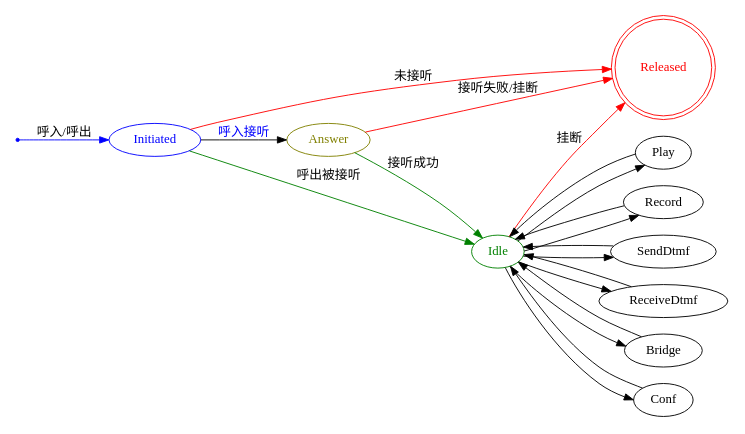
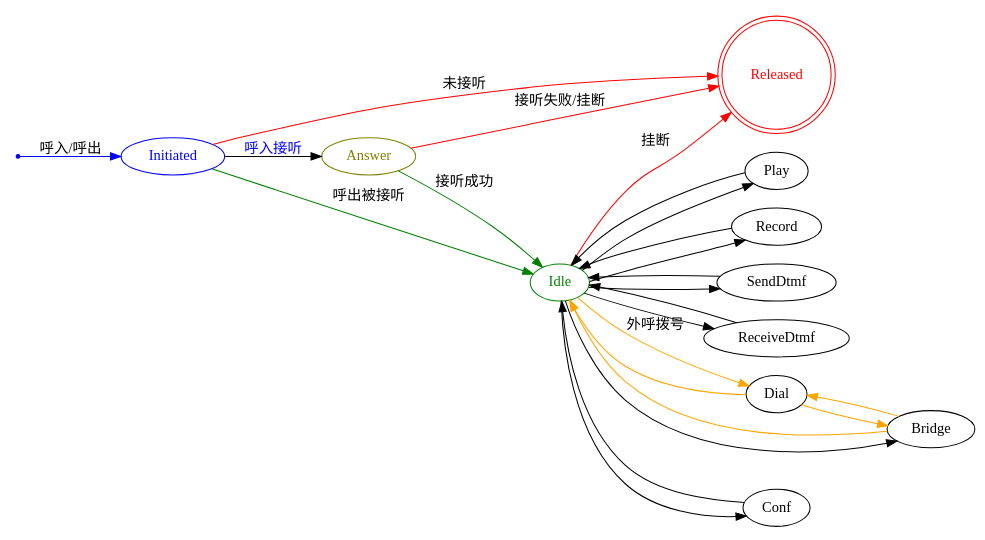
One commit to tanbro/ipsc-ccf changed the diagram in docs/api-spec/call.rst. Above: the diagram before and after it, drawn with Graphviz. The commit also changed 2 other files, not shown here.

Commit message:
bugfix: flow error
```
  CH   [16:16:01.707]<03000>(10000003490636044)[sys] ProcMoudleEventFlow : event=303(EVENT_FLOW_ACT_END) param=0
  CH   [16:16:01.707]<03000>(10000003490636044)[sys][conf][脚本 Delay](1383:SCRIPT): end : exit port = ERROR : node run time is 15.021 s.
  CH E [16:16:01.708]<03000>(10000003490636044)[sys][conf][脚本 Delay](1383:SCRIPT): 'Script SyntaxError :  invalid syntax (<string>, line 2) .'
```

```diff
--- a/docs/api-spec/call.rst
+++ b/docs/api-spec/call.rst
@@ -22,39 +22,43 @@
 .. graphviz::
 
   digraph CallResourceState {
 
-    size="6,6";
+    size="8,8";
     rankdir="LR";
 
     Start [shape=point, color=blue, fontcolor=blue];
     Initiated [color=blue, fontcolor=blue];
     Answer [color=olive, fontcolor=olive];
     Idle [color=green, fontcolor=green];
     Released [shape=doublecircle, color=red, fontcolor=red];
 
     Start -> Initiated[label="呼入/呼出", color=blue];
     Initiated -> Released [label="未接听", color=red];
     Initiated -> Answer[label="呼入接听", fontcolor=blue];
     Initiated -> Idle [label="呼出被接听", color=green];
     Answer -> Idle [label="接听成功", color=green];
     Answer -> Released [label="接听失败/挂断", color=red];
     Idle -> Released [label="挂断", color=red];
 
     Idle -> Play;
     Play -> Idle;
 
     Idle -> Record;
     Record -> Idle;
 
     Idle -> SendDtmf;
     SendDtmf -> Idle;
 
     Idle -> ReceiveDtmf;
     ReceiveDtmf -> Idle;
 
+    Idle -> Dial [label="外呼拨号", color=orange];
+    Dial -> Idle [color=orange];
+    Dial -> Bridge [color=orange];
+    Bridge -> Dial [color=orange];
+    Bridge -> Idle [color=orange];
     Idle -> Bridge;
-    Bridge -> Idle;
 
     Idle -> Conf;
     Conf -> Idle;
   }
```
